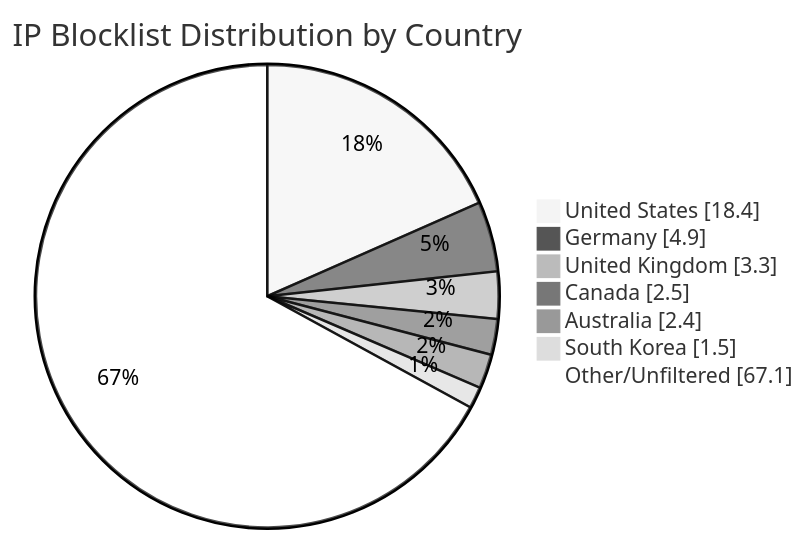
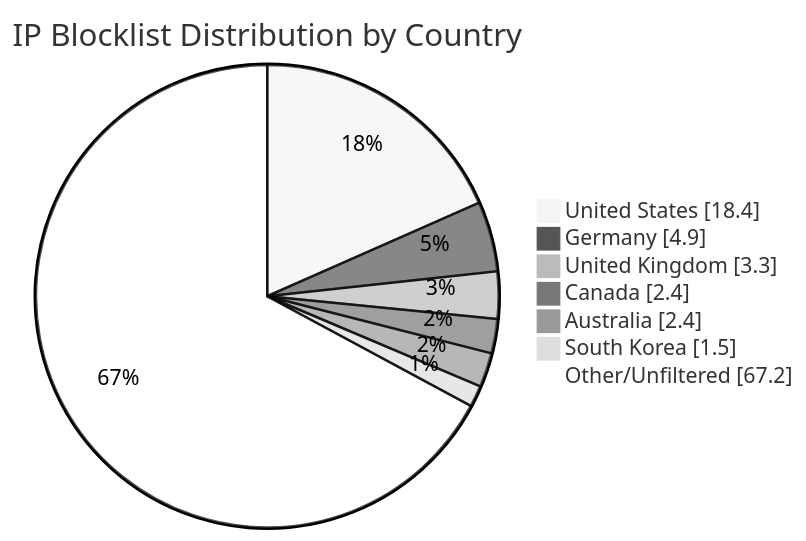
One commit to MarcusHoltz/ipblocklist-geofiltered-aggregator changed the diagram in README.md. Above: the diagram before and after it, drawn with Mermaid (neutral theme). The commit also changed other lines of this file and 9 other files, not shown here.

````diff
--- a/README.md
+++ b/README.md
@@ -34,10 +34,10 @@
 ```mermaid
 pie showData title IP Blocklist Distribution by Country
 "United States" : 18.4
 "Germany" : 4.9
 "United Kingdom" : 3.3
-"Canada" : 2.5
+"Canada" : 2.4
 "Australia" : 2.4
 "South Korea" : 1.5
-"Other/Unfiltered" : 67.1
+"Other/Unfiltered" : 67.2
 ```
````
